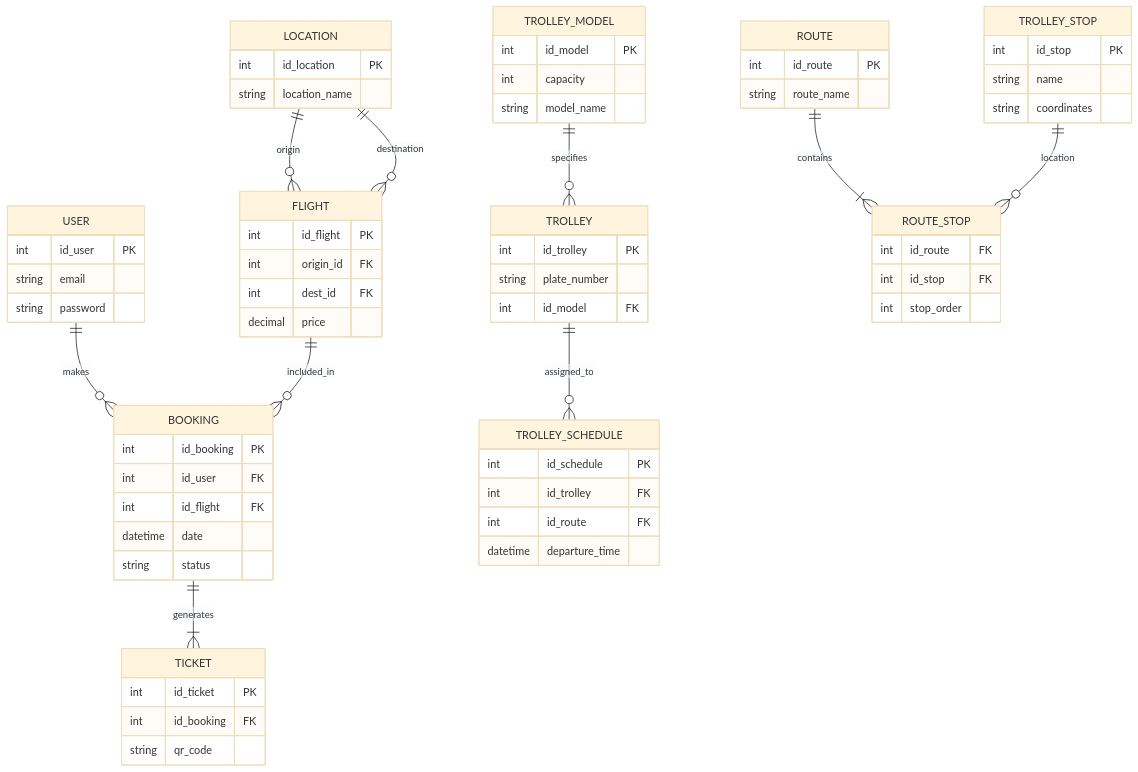
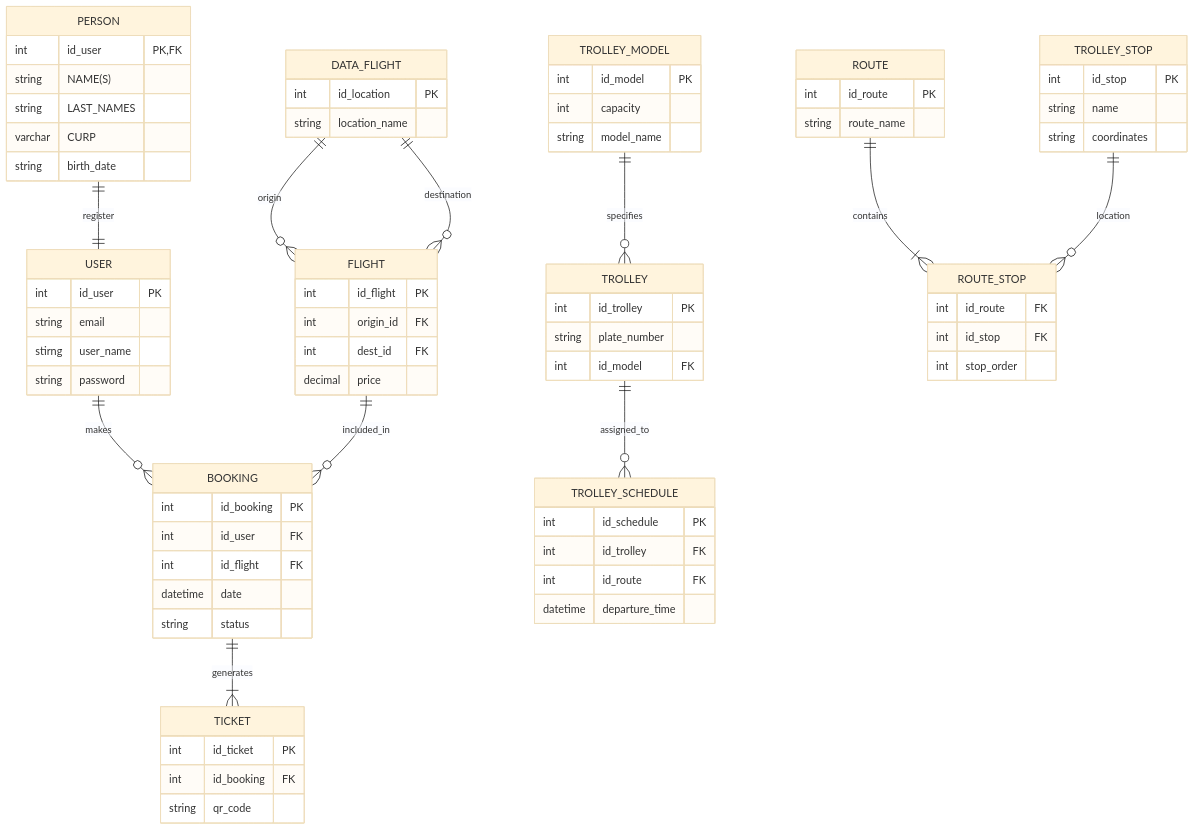
One commit to daniellopezcabrera/cbtis47-db-turismo-2026 changed the diagram in docs/normalization_report.mmd. Above: the diagram before and after it, drawn with Mermaid (base theme).

```diff
--- a/docs/normalization_report.mmd
+++ b/docs/normalization_report.mmd
@@ -1,86 +1,98 @@
 erDiagram
 
     USER ||--o{ BOOKING : makes
 
+
     USER {
         int id_user PK
         string email
+        stirng user_name
         string password
     }
+%% One PERSON  can have a one user
+   PERSON ||--|| USER  : register
 
-    LOCATION ||--o{ FLIGHT : origin
-    LOCATION ||--o{ FLIGHT : destination
+    PERSON{
+        int id_user PK,FK
+        string NAME(S)
+        string LAST_NAMES
+        varchar CURP
+        string birth_date
+            }
 
-    LOCATION {
+   DATA_FLIGHT ||--o{ FLIGHT : origin
+    DATA_FLIGHT||--o{ FLIGHT : destination
+
+    DATA_FLIGHT {
         int id_location PK
         string location_name
     }
 
     FLIGHT ||--o{ BOOKING : included_in
 
     FLIGHT {
         int id_flight PK
         int origin_id FK
         int dest_id FK
         decimal price
     }
 
     BOOKING ||--|{ TICKET : generates
 
     BOOKING {
         int id_booking PK
         int id_user FK
         int id_flight FK
         datetime date
         string status
     }
 
     TICKET {
         int id_ticket PK
         int id_booking FK
         string qr_code
     }
 
     TROLLEY_MODEL ||--o{ TROLLEY : specifies
 
     TROLLEY_MODEL {
         int id_model PK
         int capacity
         string model_name
     }
 
     TROLLEY ||--o{ TROLLEY_SCHEDULE : assigned_to
 
     TROLLEY {
         int id_trolley PK
         string plate_number
         int id_model FK
     }
 
     ROUTE ||--|{ ROUTE_STOP : contains
 
     ROUTE {
         int id_route PK
         string route_name
     }
 
     TROLLEY_STOP ||--o{ ROUTE_STOP : location
 
     TROLLEY_STOP {
         int id_stop PK
         string name
         string coordinates
     }
 
     ROUTE_STOP {
         int id_route FK
         int id_stop FK
         int stop_order
     }
 
     TROLLEY_SCHEDULE {
         int id_schedule PK
         int id_trolley FK
         int id_route FK
         datetime departure_time
     }
```
